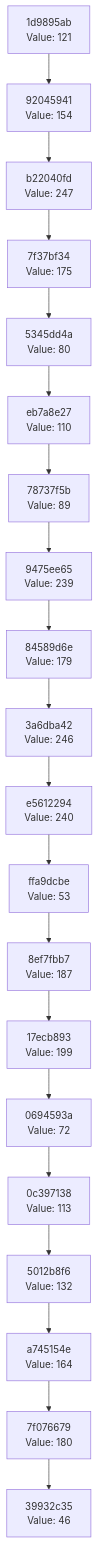
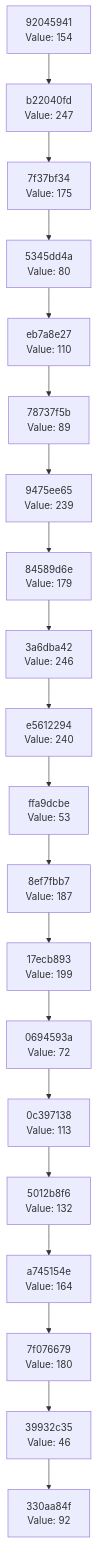
The diagram in docs/CHAIN_VISUALIZATION.md (Abhisheksinha1506/hash-chain-evolver), drawn with Mermaid before and after one commit. The commit also changed 2 other files, not shown here.

Commit message:
Evolution step: hash 0x5C → action executed

````diff
--- a/docs/CHAIN_VISUALIZATION.md
+++ b/docs/CHAIN_VISUALIZATION.md
@@ -3,42 +3,42 @@
 ```mermaid
 graph TD
-    C0["39932c35<br/>Value: 46"]
-    C1["7f076679<br/>Value: 180"]
+    C0["330aa84f<br/>Value: 92"]
+    C1["39932c35<br/>Value: 46"]
     C1 --> C0
-    C2["a745154e<br/>Value: 164"]
+    C2["7f076679<br/>Value: 180"]
     C2 --> C1
-    C3["5012b8f6<br/>Value: 132"]
+    C3["a745154e<br/>Value: 164"]
     C3 --> C2
-    C4["0c397138<br/>Value: 113"]
+    C4["5012b8f6<br/>Value: 132"]
     C4 --> C3
-    C5["0694593a<br/>Value: 72"]
+    C5["0c397138<br/>Value: 113"]
     C5 --> C4
-    C6["17ecb893<br/>Value: 199"]
+    C6["0694593a<br/>Value: 72"]
     C6 --> C5
-    C7["8ef7fbb7<br/>Value: 187"]
+    C7["17ecb893<br/>Value: 199"]
     C7 --> C6
-    C8["ffa9dcbe<br/>Value: 53"]
+    C8["8ef7fbb7<br/>Value: 187"]
     C8 --> C7
-    C9["e5612294<br/>Value: 240"]
+    C9["ffa9dcbe<br/>Value: 53"]
     C9 --> C8
-    C10["3a6dba42<br/>Value: 246"]
+    C10["e5612294<br/>Value: 240"]
     C10 --> C9
-    C11["84589d6e<br/>Value: 179"]
+    C11["3a6dba42<br/>Value: 246"]
     C11 --> C10
-    C12["9475ee65<br/>Value: 239"]
+    C12["84589d6e<br/>Value: 179"]
     C12 --> C11
-    C13["78737f5b<br/>Value: 89"]
+    C13["9475ee65<br/>Value: 239"]
     C13 --> C12
-    C14["eb7a8e27<br/>Value: 110"]
+    C14["78737f5b<br/>Value: 89"]
     C14 --> C13
-    C15["5345dd4a<br/>Value: 80"]
+    C15["eb7a8e27<br/>Value: 110"]
     C15 --> C14
-    C16["7f37bf34<br/>Value: 175"]
+    C16["5345dd4a<br/>Value: 80"]
     C16 --> C15
-    C17["b22040fd<br/>Value: 247"]
+    C17["7f37bf34<br/>Value: 175"]
     C17 --> C16
-    C18["92045941<br/>Value: 154"]
+    C18["b22040fd<br/>Value: 247"]
     C18 --> C17
-    C19["1d9895ab<br/>Value: 121"]
+    C19["92045941<br/>Value: 154"]
     C19 --> C18
 ```
````
